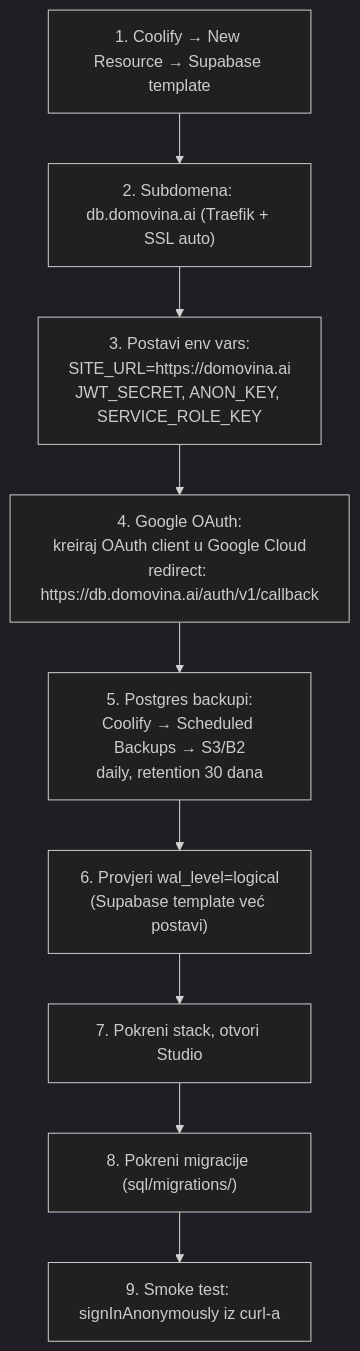
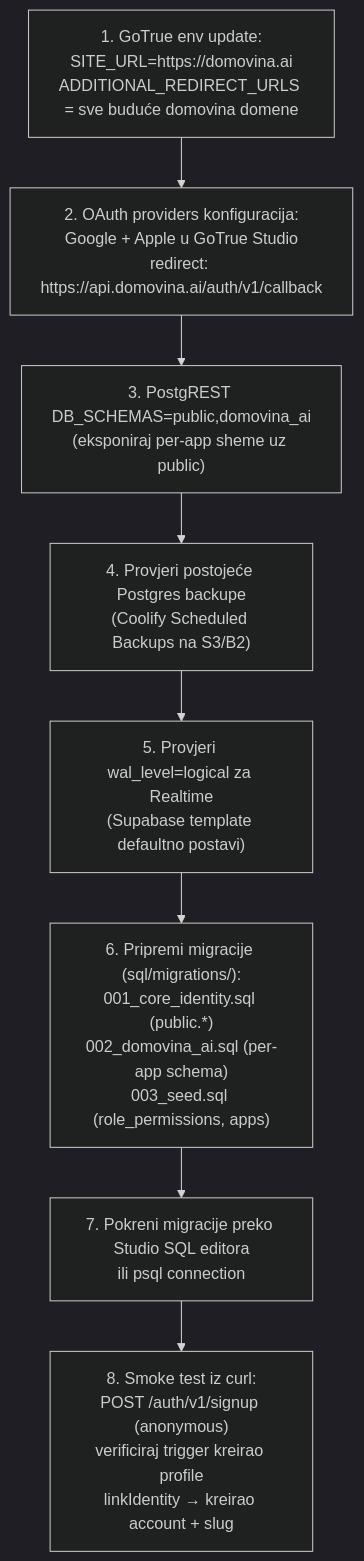
Diagram 12 of 13 in docs/auth-and-database-plan.md (domovinatv/ai.domovina.tv), drawn with Mermaid (dark theme) before and after one commit. The commit also changed other lines of this file, not shown here.

First line of the commit message:
docs(auth): v2 — GitHub-style accounts/orgs + Supabase best practices

````diff
--- a/docs/auth-and-database-plan.md
+++ b/docs/auth-and-database-plan.md
@@ -524,11 +1008,11 @@
 ```mermaid
 flowchart TB
-    A["1. Coolify → New Resource → Supabase template"] --> B["2. Subdomena: db.domovina.ai (Traefik + SSL auto)"]
-    B --> C["3. Postavi env vars:<br/>SITE_URL=https://domovina.ai<br/>JWT_SECRET, ANON_KEY, SERVICE_ROLE_KEY"]
-    C --> D["4. Google OAuth:<br/>kreiraj OAuth client u Google Cloud<br/>redirect: https://db.domovina.ai/auth/v1/callback"]
-    D --> E["5. Postgres backupi:<br/>Coolify → Scheduled Backups → S3/B2<br/>daily, retention 30 dana"]
-    E --> F["6. Provjeri wal_level=logical<br/>(Supabase template već postavi)"]
-    F --> G["7. Pokreni stack, otvori Studio"]
-    G --> H["8. Pokreni migracije (sql/migrations/)"]
-    H --> I["9. Smoke test: signInAnonymously iz curl-a"]
+    A["1. GoTrue env update:<br/>SITE_URL=https://domovina.ai<br/>ADDITIONAL_REDIRECT_URLS = sve buduće domovina domene"] --> B
+    B["2. OAuth providers konfiguracija:<br/>Google + Apple u GoTrue Studio<br/>redirect: https://api.domovina.ai/auth/v1/callback"] --> C
+    C["3. PostgREST DB_SCHEMAS=public,domovina_ai<br/>(eksponiraj per-app sheme uz public)"] --> D
+    D["4. Provjeri postojeće Postgres backupe<br/>(Coolify Scheduled Backups na S3/B2)"] --> E
+    E["5. Provjeri wal_level=logical za Realtime<br/>(Supabase template defaultno postavi)"] --> F
+    F["6. Pripremi migracije (sql/migrations/):<br/>001_core_identity.sql (public.*)<br/>002_domovina_ai.sql (per-app schema)<br/>003_seed.sql (role_permissions, apps)"] --> G
+    G["7. Pokreni migracije preko Studio SQL editora<br/>ili psql connection"] --> H
+    H["8. Smoke test iz curl:<br/>POST /auth/v1/signup (anonymous)<br/>verificiraj trigger kreirao profile<br/>linkIdentity → kreirao account + slug"]
 ```
````
